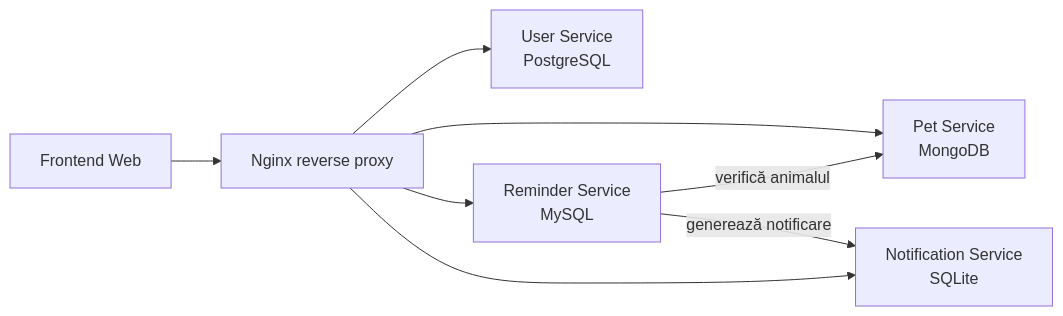
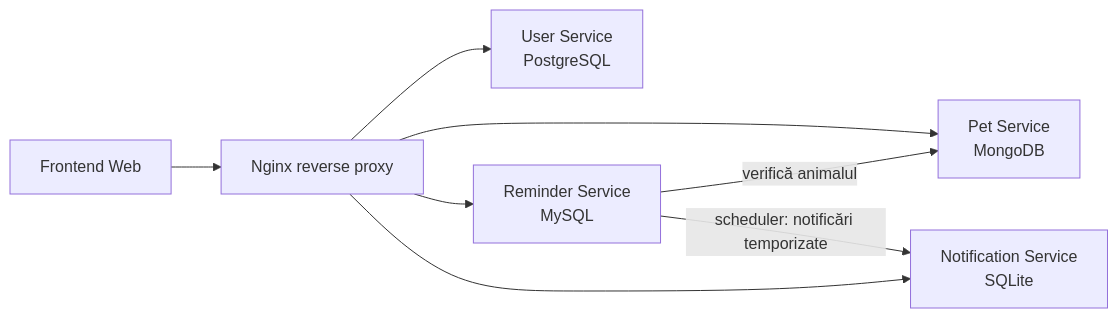
The first of 2 diagrams in README.md (rancovlarisa24/pet-care-reminder-app), drawn with Mermaid before and after one commit. The commit also changed other lines of this file and 40 other files, not shown here.

First line of the commit message:
feat: autentificare JWT, scheduler notificari temporizate si redesign frontend

````diff
--- a/README.md
+++ b/README.md
@@ -39,10 +42,10 @@
 ```mermaid
 flowchart LR
     UI[Frontend Web] --> NGINX[Nginx reverse proxy]
     NGINX --> US[User Service<br/>PostgreSQL]
     NGINX --> PS[Pet Service<br/>MongoDB]
     NGINX --> RS[Reminder Service<br/>MySQL]
     NGINX --> NS[Notification Service<br/>SQLite]
     RS -->|verifică animalul| PS
-    RS -->|generează notificare| NS
+    RS -->|scheduler: notificări temporizate| NS
 ```
````
